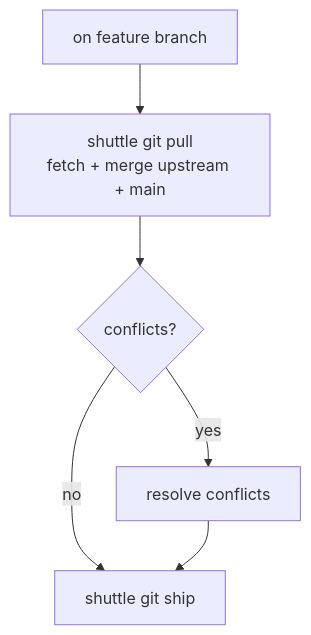
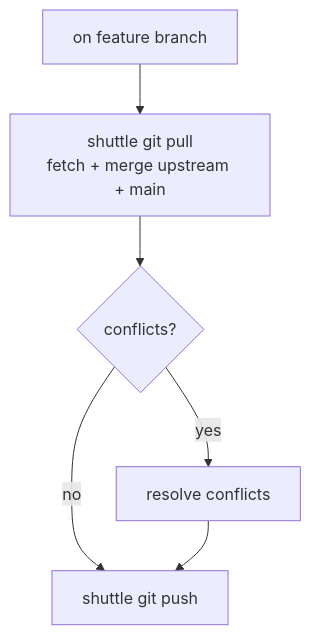
Before and after one commit to gardusig/shuttle-cli: the third of 7 diagrams in docs/workflows.md, drawn with Mermaid. The commit also changed other lines of this file and 54 other files, not shown here.

````diff
--- a/docs/workflows.md
+++ b/docs/workflows.md
@@ -94,8 +94,8 @@
 ```mermaid
 flowchart TD
     A["on feature branch"] --> B["shuttle git pull<br/>fetch + merge upstream + main"]
     B --> C{conflicts?}
-    C -->|no| D["shuttle git ship"]
+    C -->|no| D["shuttle git push"]
     C -->|yes| E["resolve conflicts"]
     E --> D
 ```
````
